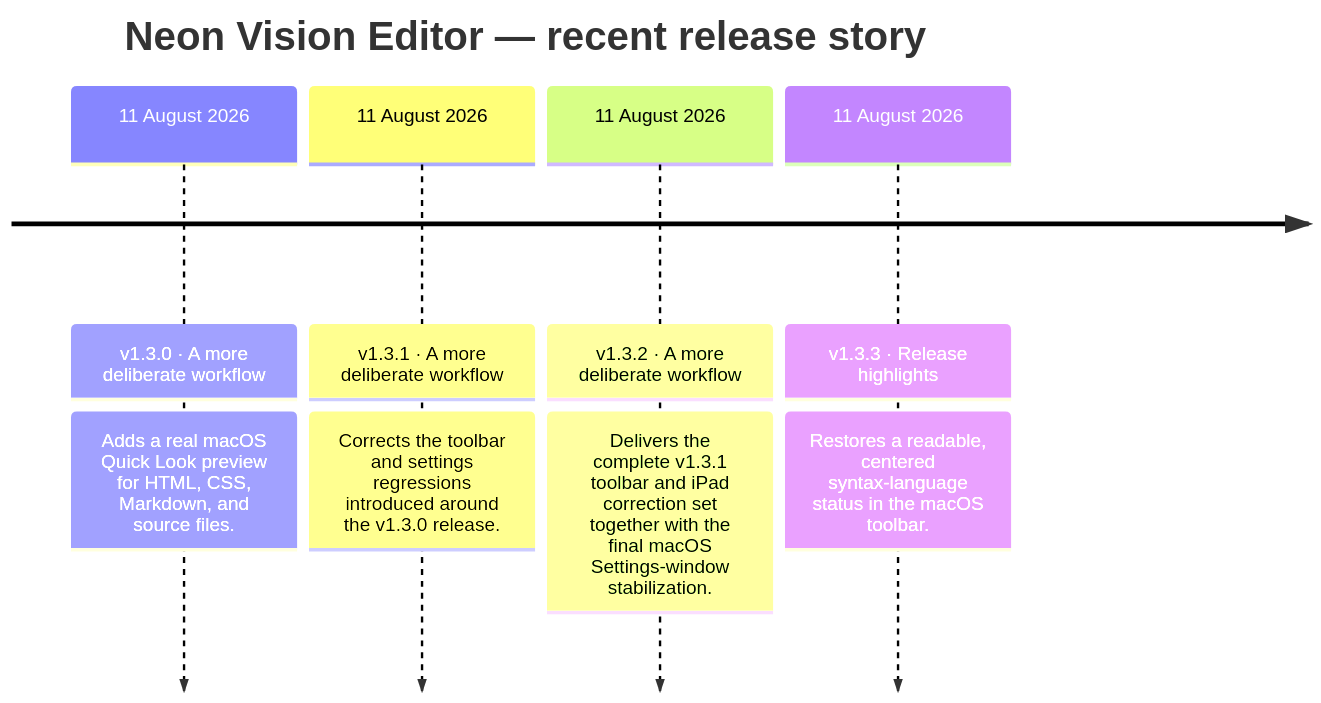
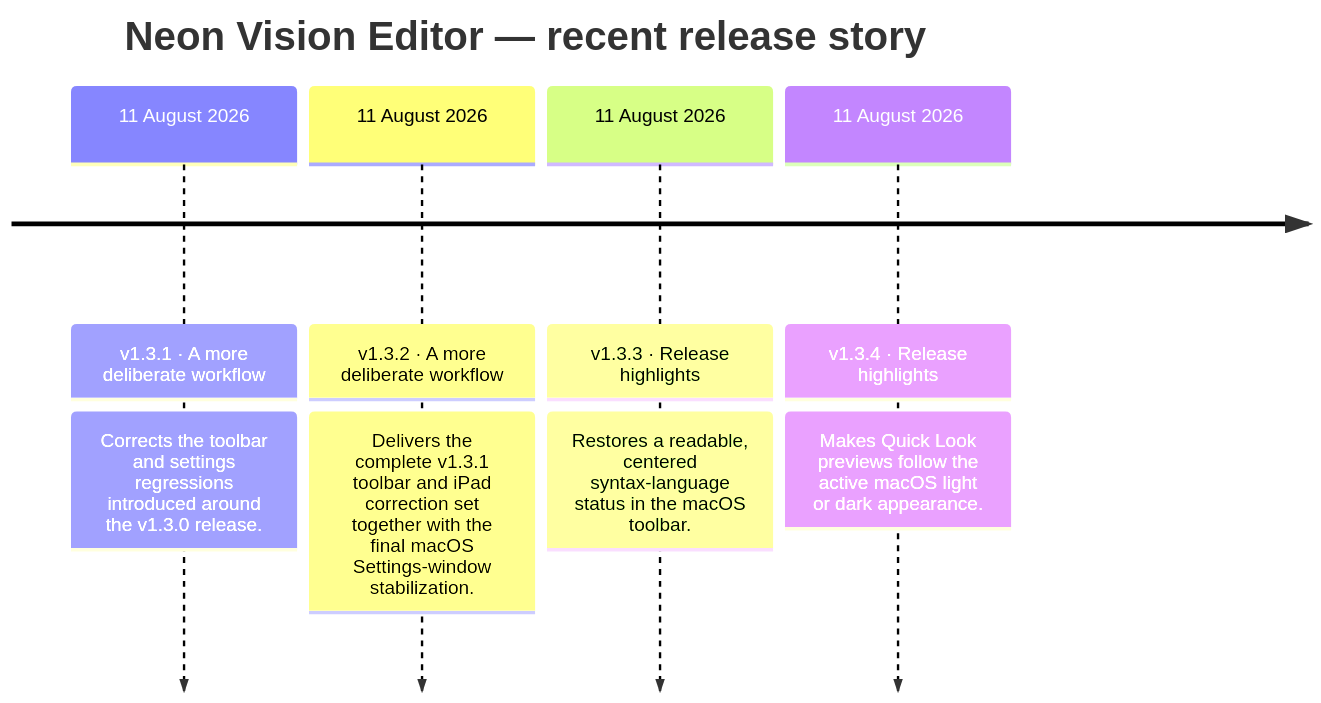
The second of 2 diagrams in README.md (h3pdesign/Neon-Vision-Editor), drawn with Mermaid before and after one commit. The commit also changed other lines of this file and 13 other files, not shown here.

Commit message:
fix: adapt Quick Look appearance

````diff
--- a/README.md
+++ b/README.md
@@ -760,12 +770,12 @@
 ```mermaid
 timeline
     title Neon Vision Editor — recent release story
-    11 August 2026 : v1.3.0 · A more deliberate workflow
-                : Adds a real macOS Quick Look preview for HTML, CSS, Markdown, and source files.
     11 August 2026 : v1.3.1 · A more deliberate workflow
                 : Corrects the toolbar and settings regressions introduced around the v1.3.0 release.
     11 August 2026 : v1.3.2 · A more deliberate workflow
                 : Delivers the complete v1.3.1 toolbar and iPad correction set together with the final macOS Settings-window stabilization.
     11 August 2026 : v1.3.3 · Release highlights
                 : Restores a readable, centered syntax-language status in the macOS toolbar.
+    11 August 2026 : v1.3.4 · Release highlights
+                : Makes Quick Look previews follow the active macOS light or dark appearance.
 ```
````
